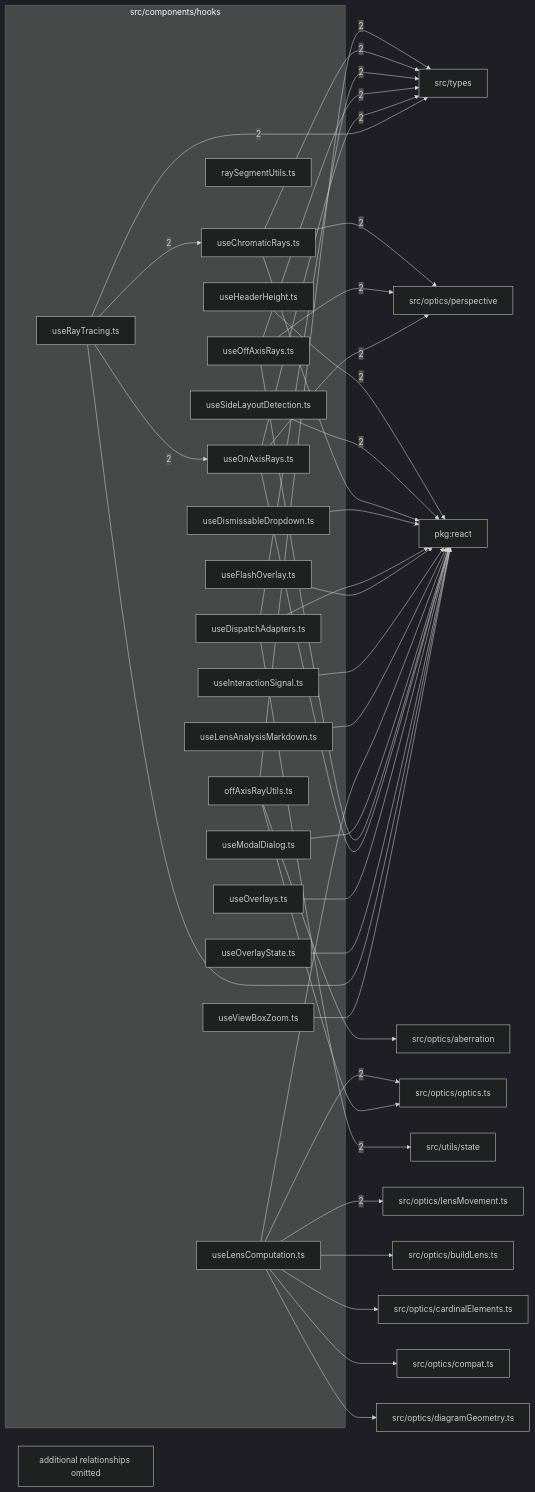
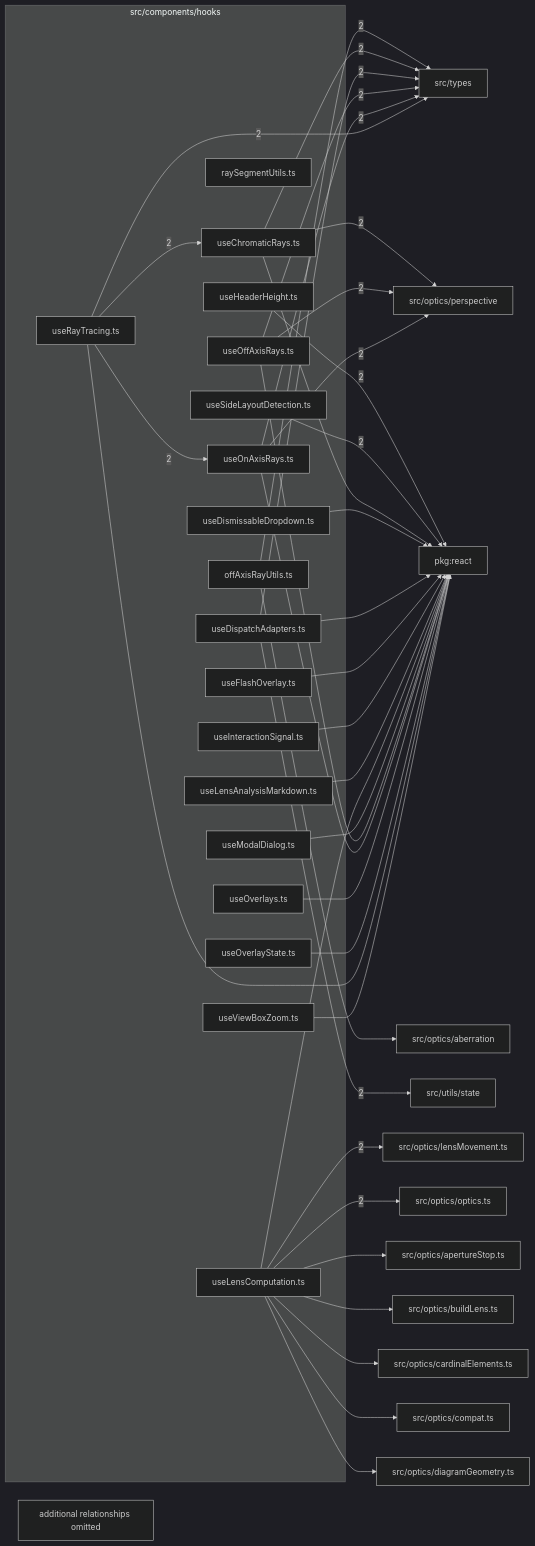
Before and after one commit to ronbuening/LensVisualizer: the diagram in src/components/hooks/readme.md, drawn with Mermaid (dark theme). The commit also changed other lines of this file and 177 other files, not shown here.

First line of the commit message:
Audit the oldest 40 lens diagrams against patents (#704)

````diff
--- a/src/components/hooks/readme.md
+++ b/src/components/hooks/readme.md
@@ -9,71 +9,72 @@
 ```mermaid
 flowchart LR
   subgraph n_src_components_hooks["src/components/hooks"]
     n_src_components_hooks_src_components_hooks_offAxisRayUtils_ts["offAxisRayUtils.ts"]
     n_src_components_hooks_src_components_hooks_raySegmentUtils_ts["raySegmentUtils.ts"]
     n_src_components_hooks_src_components_hooks_useChromaticRays_ts["useChromaticRays.ts"]
     n_src_components_hooks_src_components_hooks_useDismissableDropdown_ts["useDismissableDropdown.ts"]
     n_src_components_hooks_src_components_hooks_useDispatchAdapters_ts["useDispatchAdapters.ts"]
     n_src_components_hooks_src_components_hooks_useFlashOverlay_ts["useFlashOverlay.ts"]
     n_src_components_hooks_src_components_hooks_useHeaderHeight_ts["useHeaderHeight.ts"]
     n_src_components_hooks_src_components_hooks_useInteractionSignal_ts["useInteractionSignal.ts"]
     n_src_components_hooks_src_components_hooks_useLensAnalysisMarkdown_ts["useLensAnalysisMarkdown.ts"]
     n_src_components_hooks_src_components_hooks_useLensComputation_ts["useLensComputation.ts"]
     n_src_components_hooks_src_components_hooks_useModalDialog_ts["useModalDialog.ts"]
     n_src_components_hooks_src_components_hooks_useOffAxisRays_ts["useOffAxisRays.ts"]
     n_src_components_hooks_src_components_hooks_useOnAxisRays_ts["useOnAxisRays.ts"]
     n_src_components_hooks_src_components_hooks_useOverlays_ts["useOverlays.ts"]
     n_src_components_hooks_src_components_hooks_useOverlayState_ts["useOverlayState.ts"]
     n_src_components_hooks_src_components_hooks_useRayTracing_ts["useRayTracing.ts"]
     n_src_components_hooks_src_components_hooks_useSideLayoutDetection_ts["useSideLayoutDetection.ts"]
     n_src_components_hooks_src_components_hooks_useViewBoxZoom_ts["useViewBoxZoom.ts"]
   end
   n_external_pkg_react["pkg:react"]
   n_external_src_optics_lensMovement_ts["src/optics/lensMovement.ts"]
   n_external_src_optics_optics_ts["src/optics/optics.ts"]
   n_external_src_optics_perspective["src/optics/perspective"]
   n_external_src_types["src/types"]
   n_external_src_utils_state["src/utils/state"]
   n_external_src_optics_aberration["src/optics/aberration"]
+  n_external_src_optics_apertureStop_ts["src/optics/apertureStop.ts"]
   n_external_src_optics_buildLens_ts["src/optics/buildLens.ts"]
   n_external_src_optics_cardinalElements_ts["src/optics/cardinalElements.ts"]
   n_external_src_optics_compat_ts["src/optics/compat.ts"]
   n_external_src_optics_diagramGeometry_ts["src/optics/diagramGeometry.ts"]
   n_src_components_hooks_src_components_hooks_useHeaderHeight_ts --> |2| n_external_pkg_react
   n_src_components_hooks_src_components_hooks_useSideLayoutDetection_ts --> |2| n_external_pkg_react
   n_src_components_hooks_src_components_hooks_useLensComputation_ts --> |2| n_external_src_optics_lensMovement_ts
   n_src_components_hooks_src_components_hooks_useLensComputation_ts --> |2| n_external_src_optics_optics_ts
   n_src_components_hooks_src_components_hooks_useChromaticRays_ts --> |2| n_external_src_optics_perspective
   n_src_components_hooks_src_components_hooks_useOffAxisRays_ts --> |2| n_external_src_optics_perspective
   n_src_components_hooks_src_components_hooks_useOnAxisRays_ts --> |2| n_external_src_optics_perspective
   n_src_components_hooks_src_components_hooks_offAxisRayUtils_ts --> |2| n_external_src_types
   n_src_components_hooks_src_components_hooks_useChromaticRays_ts --> |2| n_external_src_types
   n_src_components_hooks_src_components_hooks_useDispatchAdapters_ts --> |2| n_external_src_types
   n_src_components_hooks_src_components_hooks_useOffAxisRays_ts --> |2| n_external_src_types
   n_src_components_hooks_src_components_hooks_useOnAxisRays_ts --> |2| n_external_src_types
   n_src_components_hooks_src_components_hooks_useRayTracing_ts --> |2| n_external_src_types
   n_src_components_hooks_src_components_hooks_useDispatchAdapters_ts --> |2| n_external_src_utils_state
   n_src_components_hooks_src_components_hooks_useRayTracing_ts --> |2| n_src_components_hooks_src_components_hooks_useChromaticRays_ts
   n_src_components_hooks_src_components_hooks_useRayTracing_ts --> |2| n_src_components_hooks_src_components_hooks_useOnAxisRays_ts
   n_src_components_hooks_src_components_hooks_useChromaticRays_ts --> n_external_pkg_react
   n_src_components_hooks_src_components_hooks_useDismissableDropdown_ts --> n_external_pkg_react
   n_src_components_hooks_src_components_hooks_useDispatchAdapters_ts --> n_external_pkg_react
   n_src_components_hooks_src_components_hooks_useFlashOverlay_ts --> n_external_pkg_react
   n_src_components_hooks_src_components_hooks_useInteractionSignal_ts --> n_external_pkg_react
   n_src_components_hooks_src_components_hooks_useLensAnalysisMarkdown_ts --> n_external_pkg_react
   n_src_components_hooks_src_components_hooks_useLensComputation_ts --> n_external_pkg_react
   n_src_components_hooks_src_components_hooks_useModalDialog_ts --> n_external_pkg_react
   n_src_components_hooks_src_components_hooks_useOffAxisRays_ts --> n_external_pkg_react
   n_src_components_hooks_src_components_hooks_useOnAxisRays_ts --> n_external_pkg_react
   n_src_components_hooks_src_components_hooks_useOverlays_ts --> n_external_pkg_react
   n_src_components_hooks_src_components_hooks_useOverlayState_ts --> n_external_pkg_react
   n_src_components_hooks_src_components_hooks_useRayTracing_ts --> n_external_pkg_react
   n_src_components_hooks_src_components_hooks_useViewBoxZoom_ts --> n_external_pkg_react
   n_src_components_hooks_src_components_hooks_offAxisRayUtils_ts --> n_external_src_optics_aberration
+  n_src_components_hooks_src_components_hooks_useLensComputation_ts --> n_external_src_optics_apertureStop_ts
   n_src_components_hooks_src_components_hooks_useLensComputation_ts --> n_external_src_optics_buildLens_ts
   n_src_components_hooks_src_components_hooks_useLensComputation_ts --> n_external_src_optics_cardinalElements_ts
   n_src_components_hooks_src_components_hooks_useLensComputation_ts --> n_external_src_optics_compat_ts
   n_src_components_hooks_src_components_hooks_useLensComputation_ts --> n_external_src_optics_diagramGeometry_ts
-  n_src_components_hooks_src_components_hooks_offAxisRayUtils_ts --> n_external_src_optics_optics_ts
   n_src_components_hooks_truncated["additional relationships omitted"]
 ```
````
